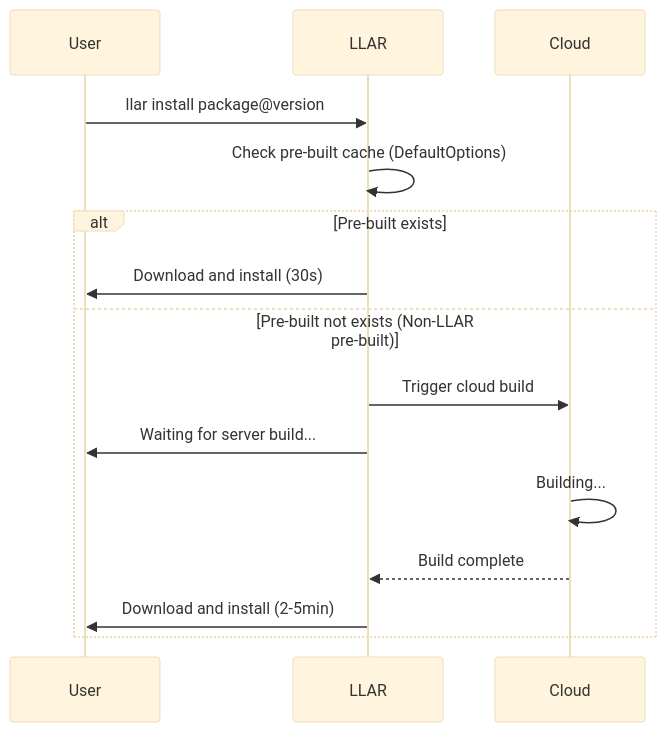
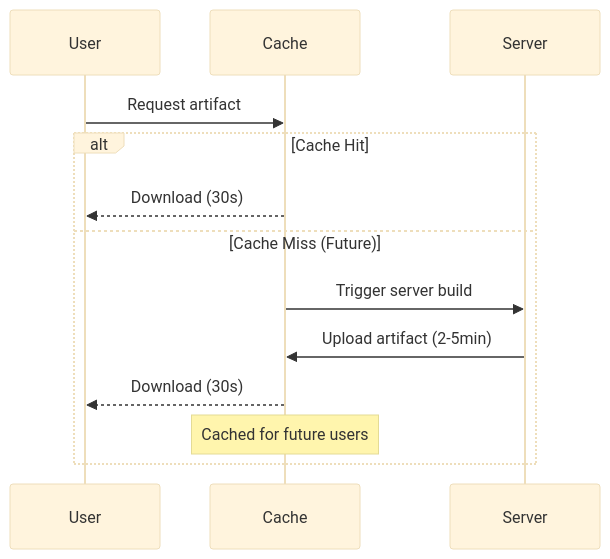
The third of 10 diagrams in doc/design.md (goplus/llar), drawn with Mermaid (base theme) before and after one commit. The commit also changed other lines of this file, not shown here.

````diff
--- a/doc/design.md
+++ b/doc/design.md
@@ -142,19 +121,16 @@
 ```mermaid
 sequenceDiagram
     participant User
-    participant LLAR
-    participant Cloud
+    participant Cache
+    participant Server
 
-    User->>LLAR: llar install package@version
-    LLAR->>LLAR: Check pre-built cache (DefaultOptions)
-
-    alt Pre-built exists
-        LLAR->>User: Download and install (30s)
-    else Pre-built not exists (Non-LLAR pre-built)
-        LLAR->>Cloud: Trigger cloud build
-        LLAR->>User: Waiting for server build...
-        Cloud->>Cloud: Building...
-        Cloud-->>LLAR: Build complete
-        LLAR->>User: Download and install (2-5min)
+    User->>Cache: Request artifact
+    alt Cache Hit
+        Cache-->>User: Download (30s)
+    else Cache Miss (Future)
+        Cache->>Server: Trigger server build
+        Server->>Cache: Upload artifact (2-5min)
+        Cache-->>User: Download (30s)
+        Note over Cache: Cached for future users
     end
 ```
````
